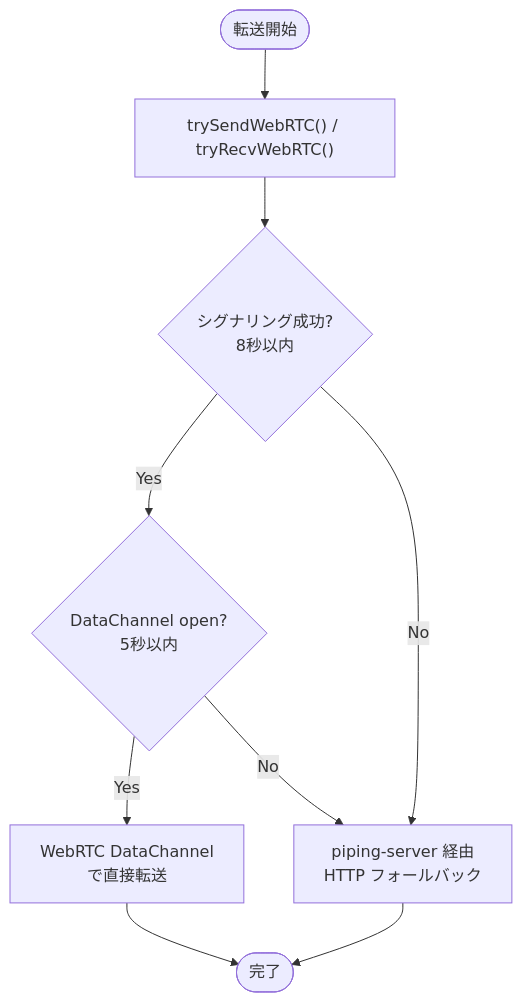
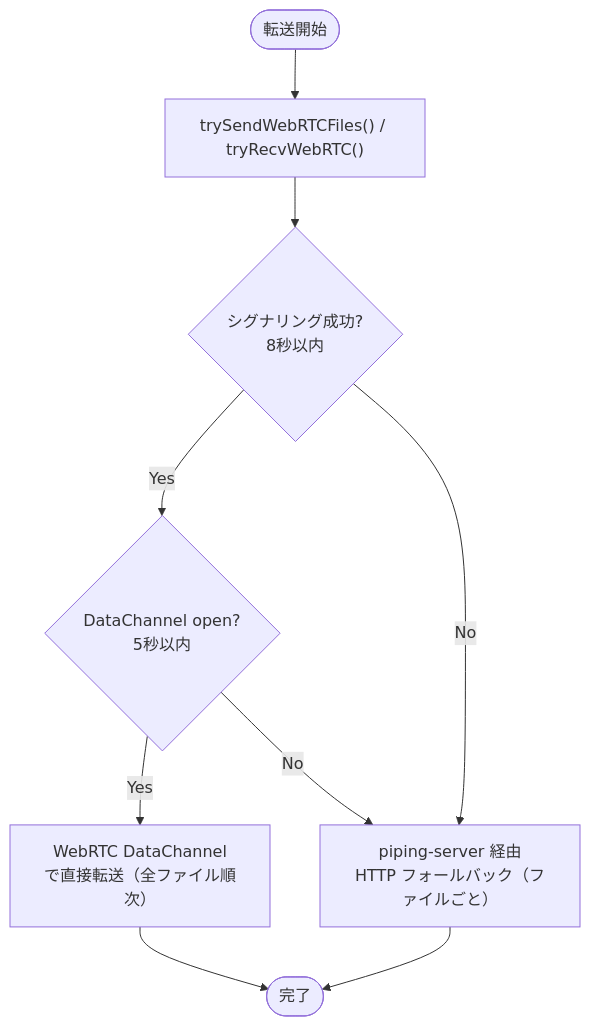
The second of 7 diagrams in docs/pipe-spec.md (afjk/afjk.jp), drawn with Mermaid before and after one commit. The commit also changed other lines of this file and 1 other file, not shown here.

````diff
--- a/docs/pipe-spec.md
+++ b/docs/pipe-spec.md
@@ -51,11 +51,11 @@
 ```mermaid
 flowchart TD
-    Start([転送開始]) --> TryP2P["trySendWebRTC() / tryRecvWebRTC()"]
+    Start([転送開始]) --> TryP2P["trySendWebRTCFiles() / tryRecvWebRTC()"]
     TryP2P --> Sig{"シグナリング成功?\n8秒以内"}
     Sig -- Yes --> DC{"DataChannel open?\n5秒以内"}
-    DC -- Yes --> P2P["WebRTC DataChannel\nで直接転送"]
+    DC -- Yes --> P2P["WebRTC DataChannel\nで直接転送（全ファイル順次）"]
     DC -- No --> Fallback
-    Sig -- No --> Fallback["piping-server 経由\nHTTP フォールバック"]
+    Sig -- No --> Fallback["piping-server 経由\nHTTP フォールバック（ファイルごと）"]
     P2P --> Done([完了])
     Fallback --> Done
 ```
````
